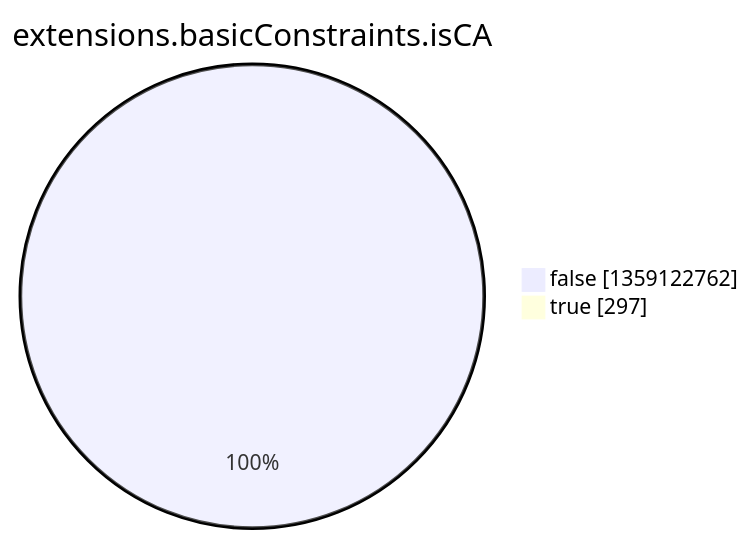
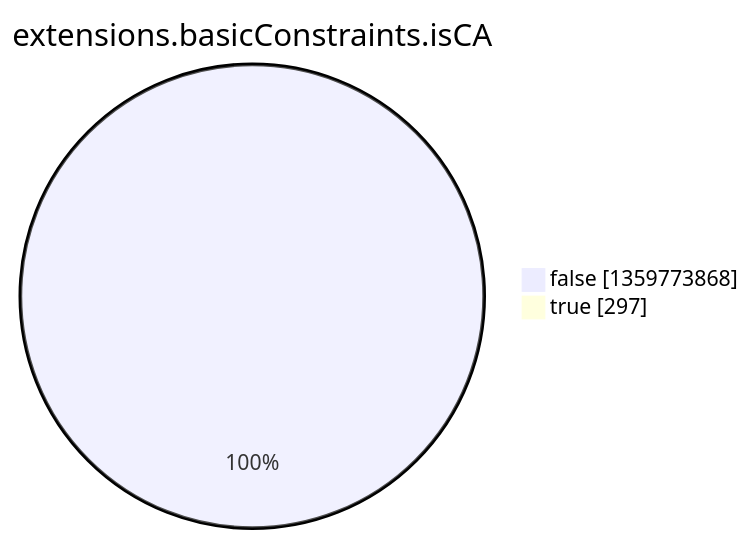
The eighth of 15 diagrams in argon2022/README.md (christiankrug/ctmonitor_visualization), drawn with Mermaid before and after one commit. The commit also changed other lines of this file, not shown here.

````diff
--- a/argon2022/README.md
+++ b/argon2022/README.md
@@ -2758,6 +2758,6 @@
 ```mermaid
 pie showData
 title extensions.basicConstraints.isCA
-"false" :1359122762
+"false" :1359773868
 "true" :297
 ```
````
